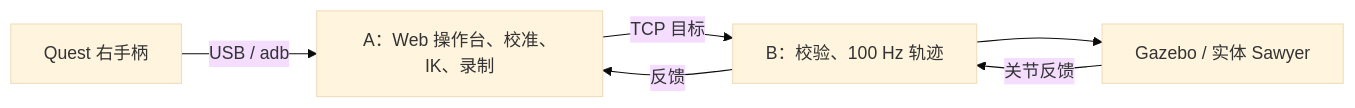
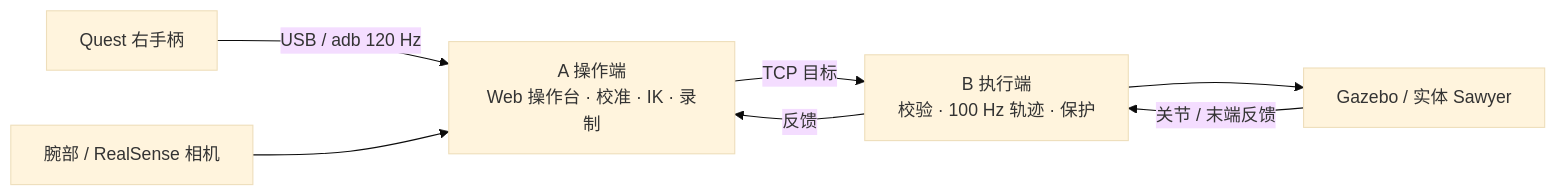
Before and after one commit to Lin-Murphy/Sawyer-Teleop: the diagram in README.md, drawn with Mermaid (base theme). The commit also changed other lines of this file, not shown here.

````diff
--- a/README.md
+++ b/README.md
@@ -10,7 +6,8 @@
 ```mermaid
 flowchart LR
-    Q[Quest 右手柄] -->|USB / adb| A[A：Web 操作台、校准、IK、录制]
-    A -->|TCP 目标| B[B：校验、100 Hz 轨迹]
+    Q[Quest 右手柄] -->|USB / adb 120 Hz| A[A 操作端<br/>Web 操作台 · 校准 · IK · 录制]
+    C[腕部 / RealSense 相机] --> A
+    A -->|TCP 目标| B[B 执行端<br/>校验 · 100 Hz 轨迹 · 保护]
     B --> R[Gazebo / 实体 Sawyer]
-    R -->|关节反馈| B -->|反馈| A
+    R -->|关节 / 末端反馈| B -->|反馈| A
 ```
````
